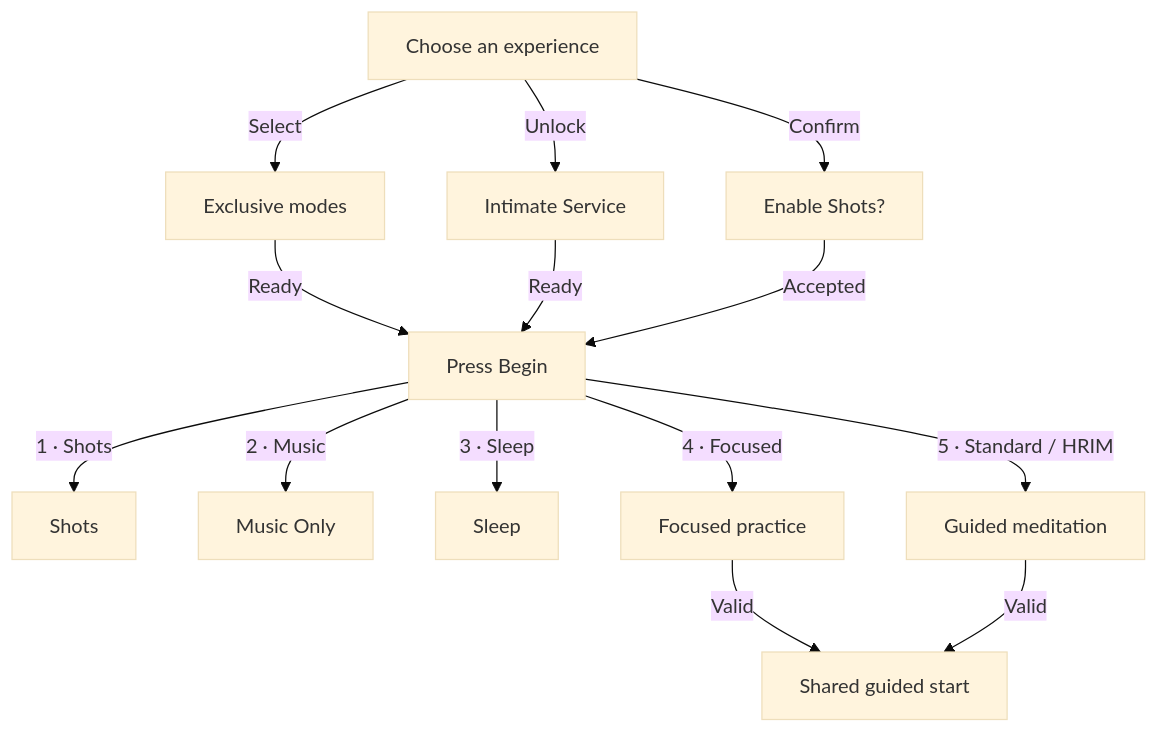
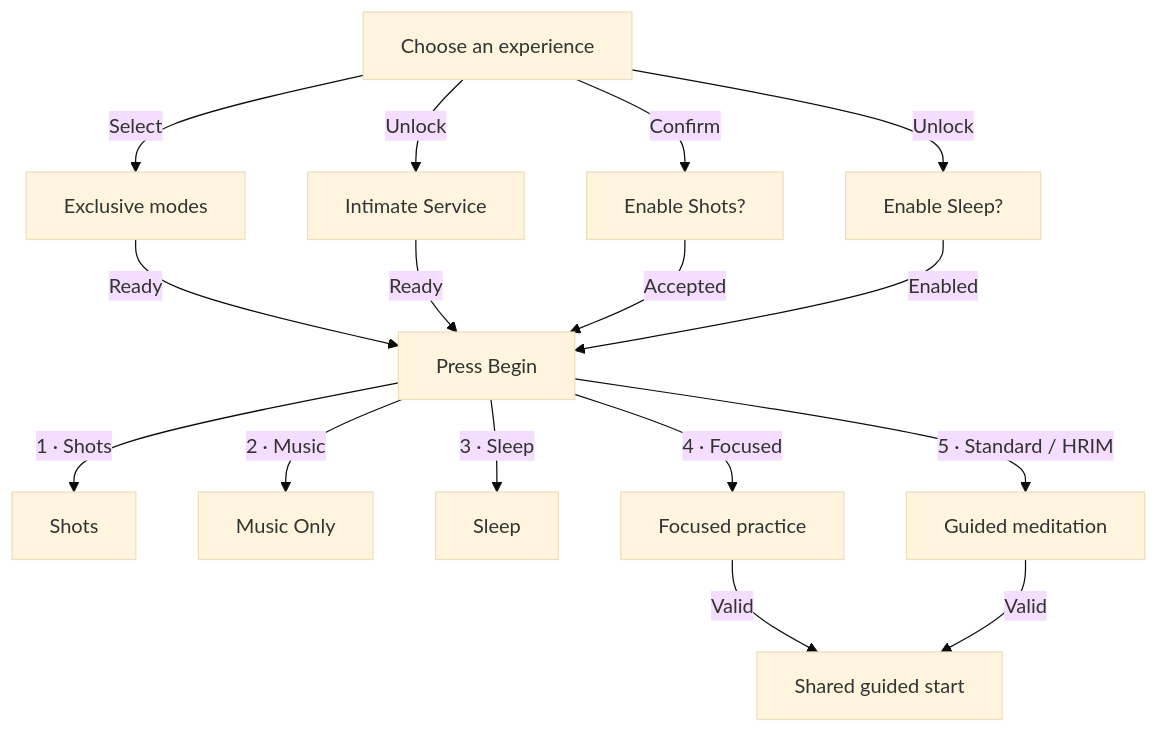
One commit to missionode/lite changed the third of 25 diagrams in docs/app-map/FLOW-REFERENCE.md. Above: the diagram before and after it, drawn with Mermaid (base theme). The commit also changed other lines of this file and 12 other files, not shown here.

First line of the commit message:
[CP-SLEEP-UNLOCK-001] Gate Sleep Mode behind advanced features

````diff
--- a/docs/app-map/FLOW-REFERENCE.md
+++ b/docs/app-map/FLOW-REFERENCE.md
@@ -149,27 +149,30 @@
 ```mermaid
 flowchart TD
   lobby["Choose an experience"]
   exclusive["Exclusive modes"]
   care["Intimate Service"]
   shots["Enable Shots?"]
+  sleepgate["Enable Sleep?"]
   begin["Press Begin"]
   shot["Shots"]
   music["Music Only"]
   sleep["Sleep"]
   focused["Focused practice"]
   guided["Guided meditation"]
   start["Shared guided start"]
   lobby -->|"Select"| exclusive
   lobby -->|"Unlock"| care
   lobby -->|"Confirm"| shots
+  lobby -->|"Unlock"| sleepgate
   exclusive -->|"Ready"| begin
   care -->|"Ready"| begin
   shots -->|"Accepted"| begin
+  sleepgate -->|"Enabled"| begin
   begin -->|"1 · Shots"| shot
   begin -->|"2 · Music"| music
   begin -->|"3 · Sleep"| sleep
   begin -->|"4 · Focused"| focused
   begin -->|"5 · Standard / HRIM"| guided
   focused -->|"Valid"| start
   guided -->|"Valid"| start
 ```
````
